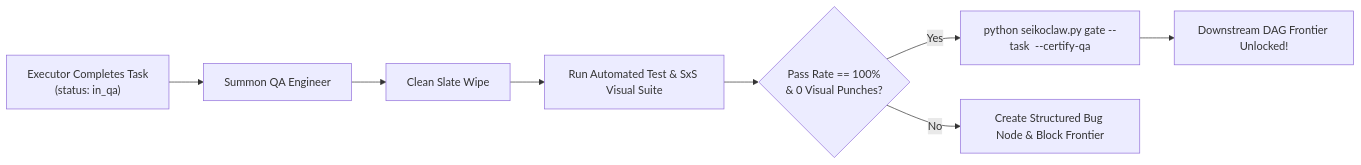
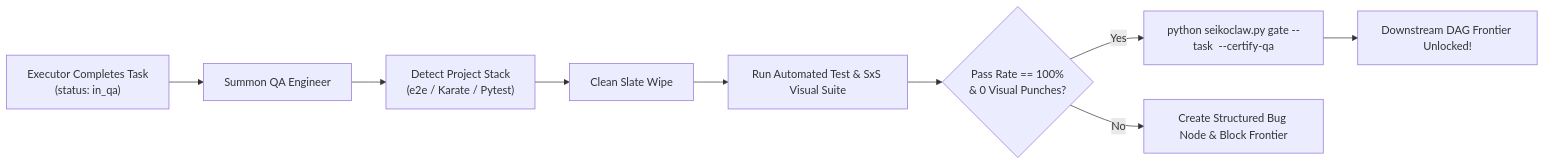
Before and after one commit to Saikojin/seikoclaw-harness: the diagram in .agents/skills/seikojin-qa/SKILL.md, drawn with Mermaid. The commit also changed other lines of this file and 245 other files, not shown here.

````diff
--- a/.agents/skills/seikojin-qa/SKILL.md
+++ b/.agents/skills/seikojin-qa/SKILL.md
@@ -103,10 +138,11 @@
 ```mermaid
 flowchart LR
     ExecDone["Executor Completes Task<br/>(status: in_qa)"] --> QA_Trigger["Summon QA Engineer"]
-    QA_Trigger --> CleanSlate["Clean Slate Wipe"]
+    QA_Trigger --> DetectStack["Detect Project Stack<br/>(e2e / Karate / Pytest)"]
+    DetectStack --> CleanSlate["Clean Slate Wipe"]
     CleanSlate --> RunSuite["Run Automated Test & SxS Visual Suite"]
     RunSuite --> PassCheck{"Pass Rate == 100%<br/>& 0 Visual Punches?"}
     PassCheck -- Yes --> Certify["python seikoclaw.py gate --task <id> --certify-qa"]
     PassCheck -- No --> Reject["Create Structured Bug Node & Block Frontier"]
     Certify --> FrontierUnlocked["Downstream DAG Frontier Unlocked!"]
 ```
````
